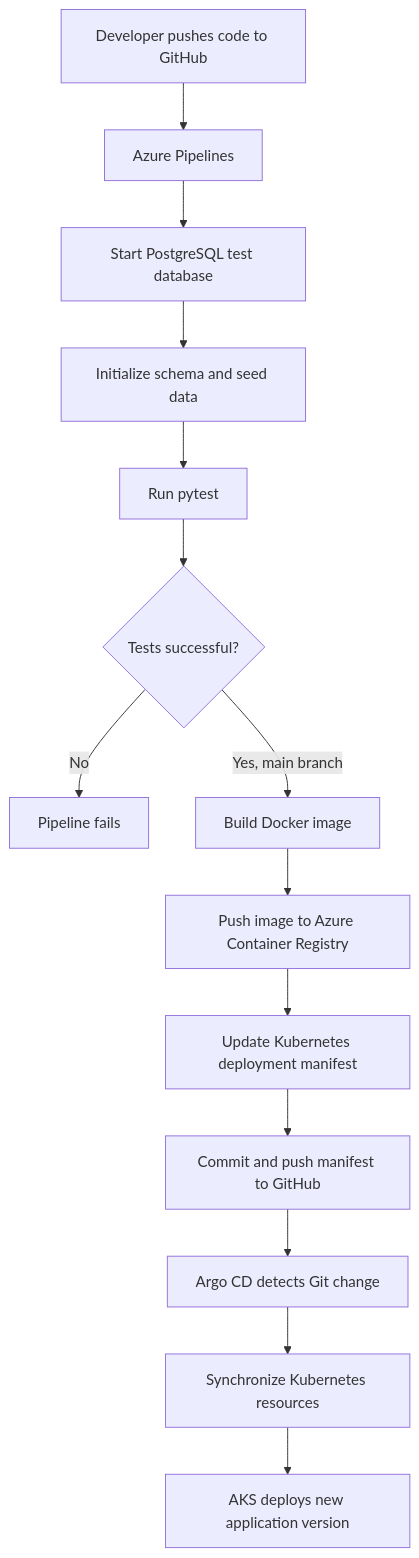
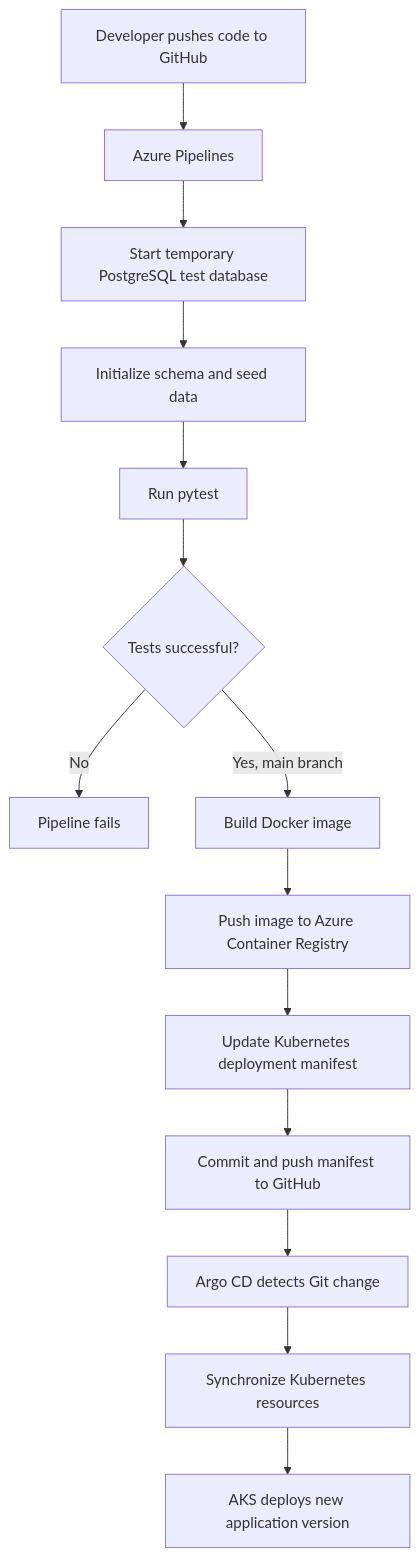
The diagram in README.md (intontis/The_Choice_Azure_CICD), drawn with Mermaid before and after one commit. The commit also changed other lines of this file, not shown here.

````diff
--- a/README.md
+++ b/README.md
@@ -50,16 +50,16 @@
 ```mermaid
 flowchart TD
-    A["Developer pushes code to GitHub"] --> B["Azure Pipelines"]
-    B --> C["Start PostgreSQL test database"]
-    C --> D["Initialize schema and seed data"]
-    D --> E["Run pytest"]
-    E --> F{"Tests successful?"}
-    F -->|No| G["Pipeline fails"]
-    F -->|Yes, main branch| H["Build Docker image"]
-    H --> I["Push image to Azure Container Registry"]
-    I --> J["Update Kubernetes deployment manifest"]
-    J --> K["Commit and push manifest to GitHub"]
-    K --> L["Argo CD detects Git change"]
-    L --> M["Synchronize Kubernetes resources"]
-    M --> N["AKS deploys new application version"]
+    A[Developer pushes code to GitHub] --> B[Azure Pipelines]
+    B --> C[Start temporary PostgreSQL test database]
+    C --> D[Initialize schema and seed data]
+    D --> E[Run pytest]
+    E --> F{Tests successful?}
+    F -->|No| G[Pipeline fails]
+    F -->|Yes, main branch| H[Build Docker image]
+    H --> I[Push image to Azure Container Registry]
+    I --> J[Update Kubernetes deployment manifest]
+    J --> K[Commit and push manifest to GitHub]
+    K --> L[Argo CD detects Git change]
+    L --> M[Synchronize Kubernetes resources]
+    M --> N[AKS deploys new application version]
 ```
````
